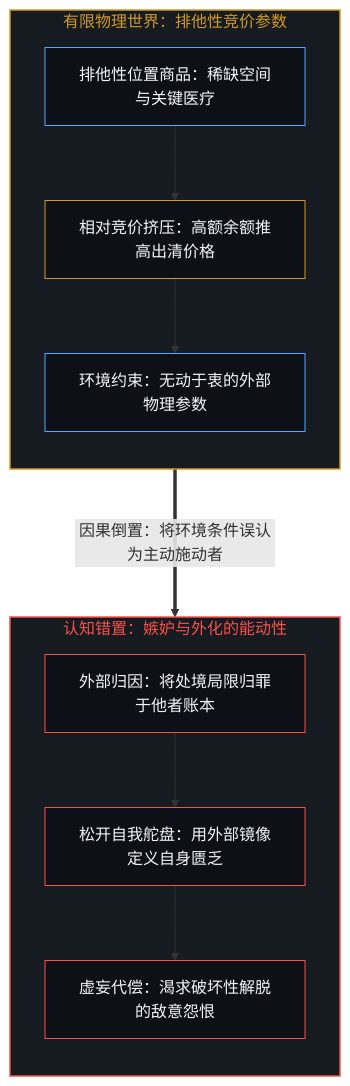
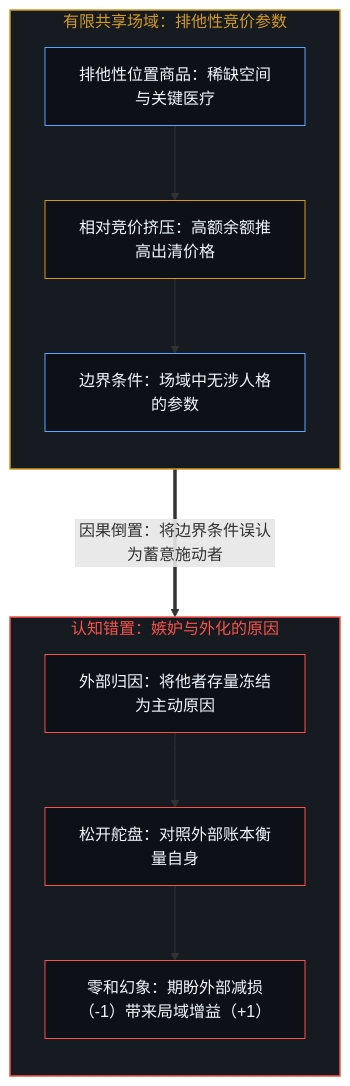
One commit to powerpig99/not-a-toe changed the fifth of 8 diagrams in content/posts/abstract-pain-and-living-hunger.md. Above: the diagram before and after it, drawn with Mermaid. The commit also changed other lines of this file and 7 other files, not shown here.

````diff
--- a/content/posts/abstract-pain-and-living-hunger.md
+++ b/content/posts/abstract-pain-and-living-hunger.md
@@ -145,26 +145,26 @@
 ```mermaid
 flowchart TD
-    subgraph S_Reality ["有限物理世界：排他性竞价参数"]
+    subgraph S_Reality ["有限共享场域：排他性竞价参数"]
         direction TB
         R1["排他性位置商品：稀缺空间与关键医疗"]
         R2["相对竞价挤压：高额余额推高出清价格"]
-        R3["环境约束：无动于衷的外部物理参数"]
+        R3["边界条件：场域中无涉人格的参数"]
     end
-    subgraph S_Inversion ["认知错置：嫉妒与外化的能动性"]
+    subgraph S_Inversion ["认知错置：嫉妒与外化的原因"]
         direction TB
-        I1["外部归因：将处境局限归罪于他者账本"]
-        I2["松开自我舵盘：用外部镜像定义自身匮乏"]
-        I3["虚妄代偿：渴求破坏性解脱的敌意怨恨"]
+        I1["外部归因：将他者存量冻结为主动原因"]
+        I2["松开舵盘：对照外部账本衡量自身"]
+        I3["零和幻象：期盼外部减损（-1）带来局域增益（+1）"]
     end
     R1 --> R2 --> R3
     I1 --> I2 --> I3
-    R3 ===>|"因果倒置：将环境条件误认为主动施动者"| I1
+    R3 ===>|"因果倒置：将边界条件误认为蓄意施动者"| I1
     style S_Reality fill:#161b22,stroke:#d29922,stroke-width:1.5px,color:#d29922
     style S_Inversion fill:#161b22,stroke:#f85149,stroke-width:1.5px,color:#f85149
     style R1 fill:#0d1117,stroke:#58a6ff,stroke-width:1px,color:#f0f6fc
     style R2 fill:#0d1117,stroke:#d29922,stroke-width:1px,color:#f0f6fc
     style R3 fill:#0d1117,stroke:#58a6ff,stroke-width:1px,color:#f0f6fc
     style I1 fill:#0d1117,stroke:#f85149,stroke-width:1px,color:#f0f6fc
     style I2 fill:#0d1117,stroke:#f85149,stroke-width:1px,color:#f0f6fc
     style I3 fill:#0d1117,stroke:#f85149,stroke-width:1px,color:#f0f6fc
 ```
````
